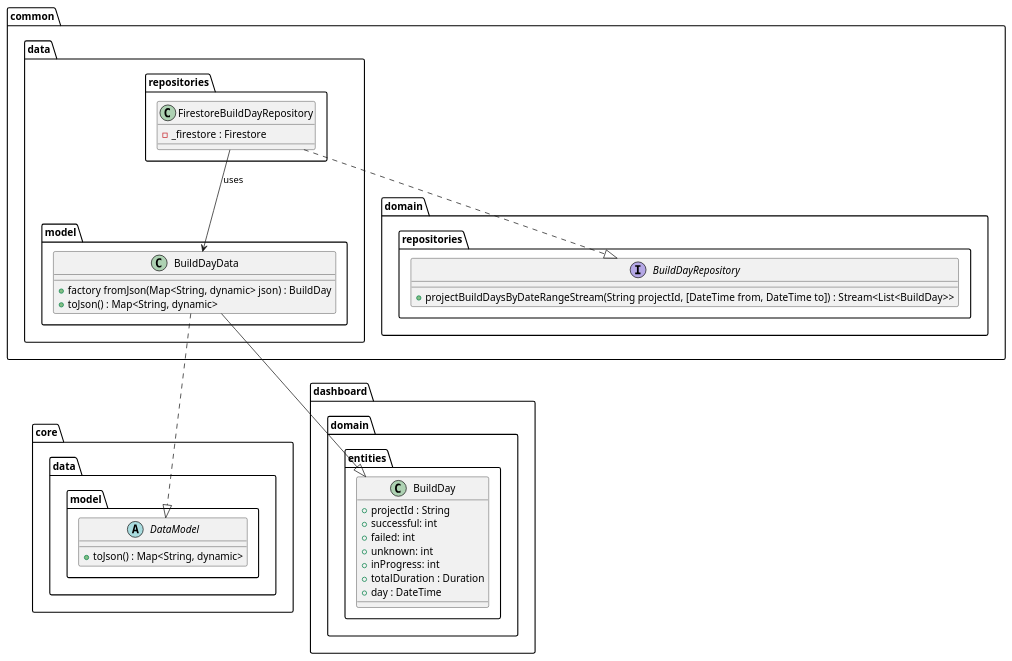
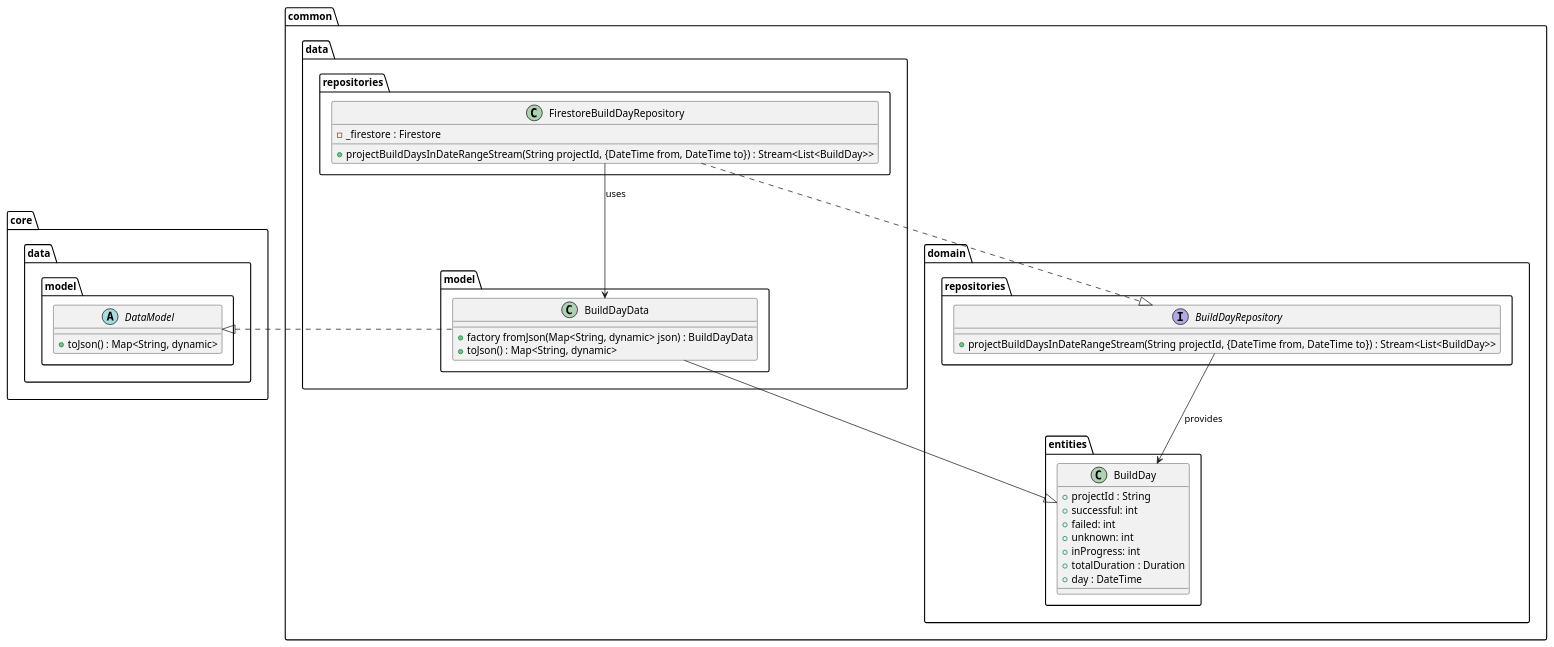
One commit to Flank/flank-dashboard changed the diagram in metrics/web/docs/features/builds_aggregation/diagrams/build_days_data_layer_class_diagram.puml. Above: the diagram before and after it, drawn with PlantUML. The commit also changed 4 other files, not shown here.

```diff
--- a/metrics/web/docs/features/builds_aggregation/diagrams/build_days_data_layer_class_diagram.puml
+++ b/metrics/web/docs/features/builds_aggregation/diagrams/build_days_data_layer_class_diagram.puml
@@ -1,50 +1,54 @@
 @startuml build_days_data_layer_class_diagram
 
 package core.data.model {
     abstract class DataModel {
         + toJson() : Map<String, dynamic>
     }
 }
 
 package common {
-    package domain.repositories {
-        interface BuildDayRepository {
-            + projectBuildDaysByDateRangeStream(String projectId, [DateTime from, DateTime to]) : Stream<List<BuildDay>>
+    package domain {
+        package repositories {
+            interface BuildDayRepository {
+                + projectBuildDaysInDateRangeStream(String projectId, {DateTime from, DateTime to}) : Stream<List<BuildDay>>
+            }
+        }
+
+        package entities {
+            class BuildDay {
+                + projectId : String
+                + successful: int
+                + failed: int
+                + unknown: int
+                + inProgress: int
+                + totalDuration : Duration
+                + day : DateTime
+            }
         }
     }
 
     package data {
         package repositories as data_repositories {
             class FirestoreBuildDayRepository {
                 - _firestore : Firestore
+                + projectBuildDaysInDateRangeStream(String projectId, {DateTime from, DateTime to}) : Stream<List<BuildDay>>
             }
         }
 
         package model {
             class BuildDayData {
-                + factory fromJson(Map<String, dynamic> json) : BuildDay
+                + factory fromJson(Map<String, dynamic> json) : BuildDayData
                 + toJson() : Map<String, dynamic>
             }
         }
-    }
-}
-
-package dashboard.domain.entities {
-    class BuildDay {
-        + projectId : String
-        + successful: int
-        + failed: int
-        + unknown: int
-        + inProgress: int
-        + totalDuration : Duration
-        + day : DateTime
     }
 }
 
 FirestoreBuildDayRepository ..|> BuildDayRepository
 FirestoreBuildDayRepository --> BuildDayData : uses
 
 BuildDayData --|> BuildDay
-BuildDayData ..|> DataModel
+BuildDayData -left-..|> DataModel
+BuildDayRepository --> BuildDay : provides
 
 @enduml
```
